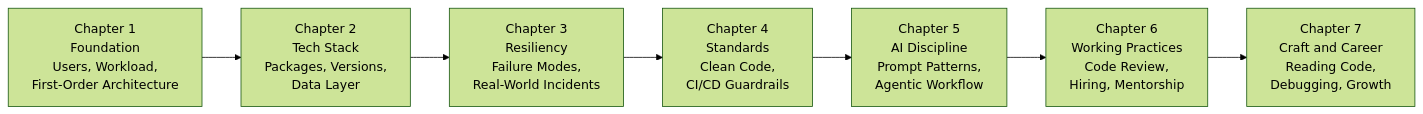
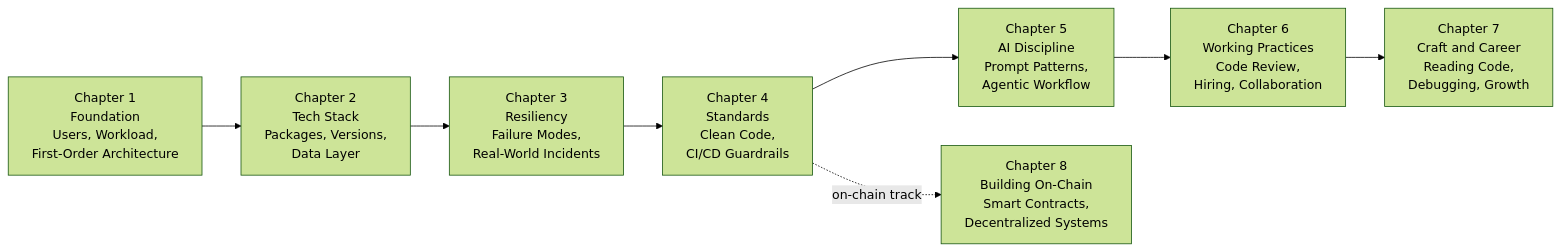
The diagram in src/pages/start-here.mdx (balangyaoejuspher/how-i-build), drawn with Mermaid (forest theme) before and after one commit. The commit also changed other lines of this file and 2 other files, not shown here.

Commit message:
blog: chapter 8 building on-chain opener; when not to use a blockchain; add chapter 8 to framework, start here, readme

````diff
--- a/src/pages/start-here.mdx
+++ b/src/pages/start-here.mdx
@@ -16,12 +16,14 @@
 ```mermaid
 flowchart LR
     P1[Chapter 1<br/>Foundation<br/>Users, Workload,<br/>First-Order Architecture]
     P2[Chapter 2<br/>Tech Stack<br/>Packages, Versions,<br/>Data Layer]
     P3[Chapter 3<br/>Resiliency<br/>Failure Modes,<br/>Real-World Incidents]
     P4[Chapter 4<br/>Standards<br/>Clean Code,<br/>CI/CD Guardrails]
     P5[Chapter 5<br/>AI Discipline<br/>Prompt Patterns,<br/>Agentic Workflow]
-    P6[Chapter 6<br/>Working Practices<br/>Code Review,<br/>Hiring, Mentorship]
+    P6[Chapter 6<br/>Working Practices<br/>Code Review,<br/>Hiring, Collaboration]
     P7[Chapter 7<br/>Craft and Career<br/>Reading Code,<br/>Debugging, Growth]
+    P8[Chapter 8<br/>Building On-Chain<br/>Smart Contracts,<br/>Decentralized Systems]
 
     P1 --> P2 --> P3 --> P4 --> P5 --> P6 --> P7
+    P4 -.on-chain track.-> P8
 ```
````
